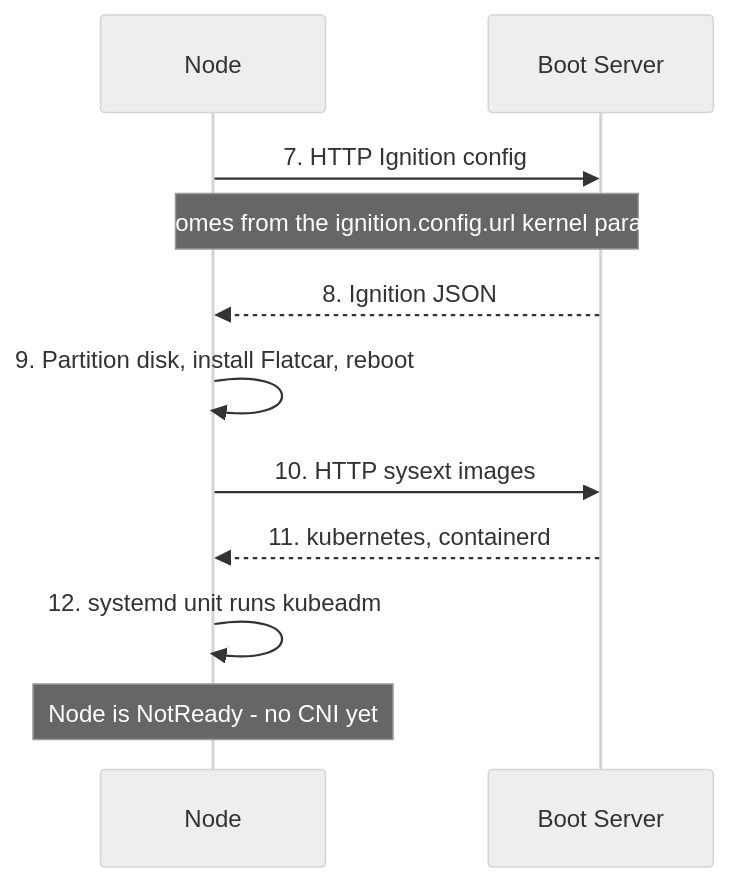
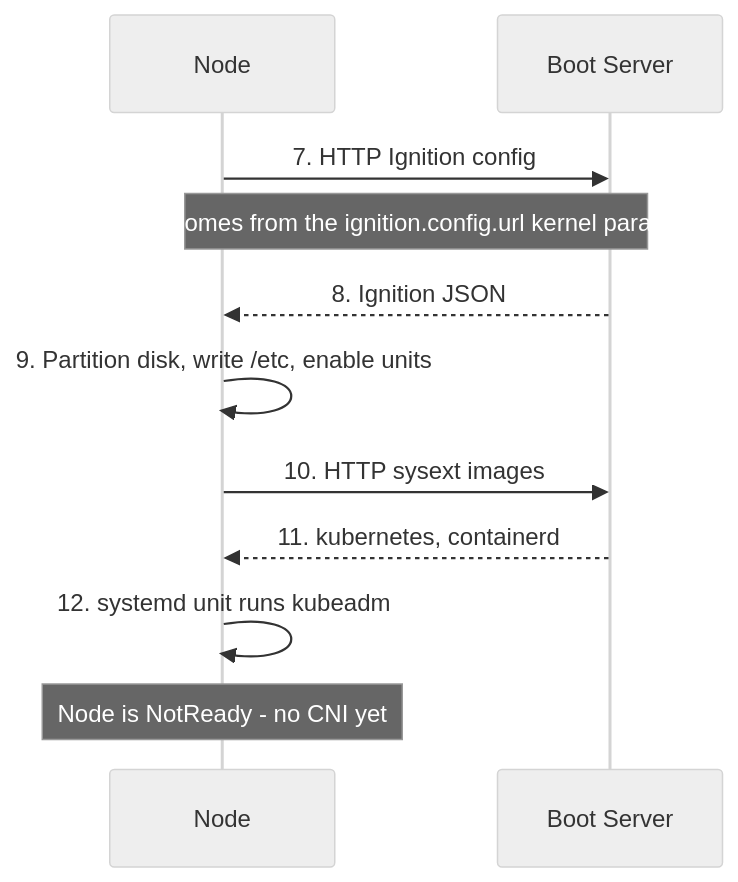
The second of 3 diagrams in docs/architecture/boot-process.md (JanWelker/homelab), drawn with Mermaid (neutral theme) before and after one commit. The commit also changed other lines of this file and 8 other files, not shown here.

````diff
--- a/docs/architecture/boot-process.md
+++ b/docs/architecture/boot-process.md
@@ -44,14 +44,14 @@
 ```mermaid
 sequenceDiagram
     participant Node
     participant Server as Boot Server
 
     Node->>Server: 7. HTTP Ignition config
     Note over Node,Server: URL comes from the ignition.config.url kernel parameter
     Server-->>Node: 8. Ignition JSON
-    Node->>Node: 9. Partition disk, install Flatcar, reboot
+    Node->>Node: 9. Partition disk, write /etc, enable units
     Node->>Server: 10. HTTP sysext images
     Server-->>Node: 11. kubernetes, containerd
     Node->>Node: 12. systemd unit runs kubeadm
     Note over Node: Node is NotReady - no CNI yet
 ```
````
